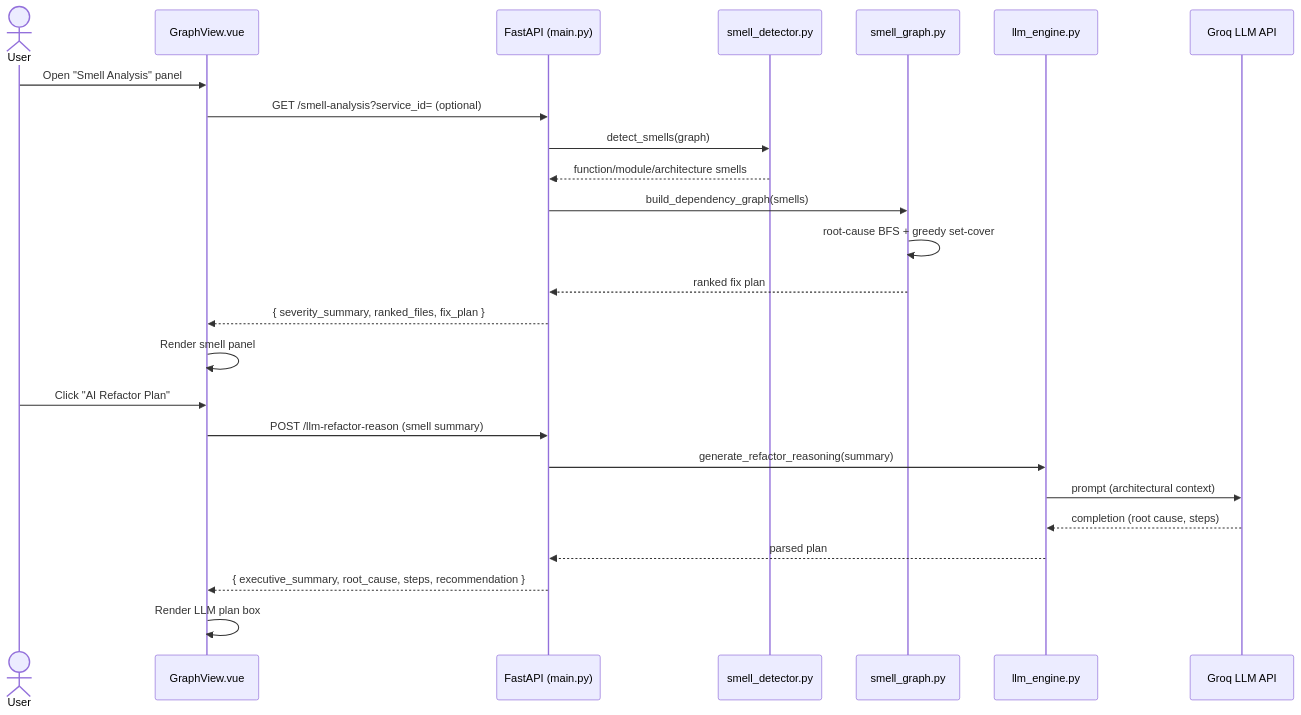
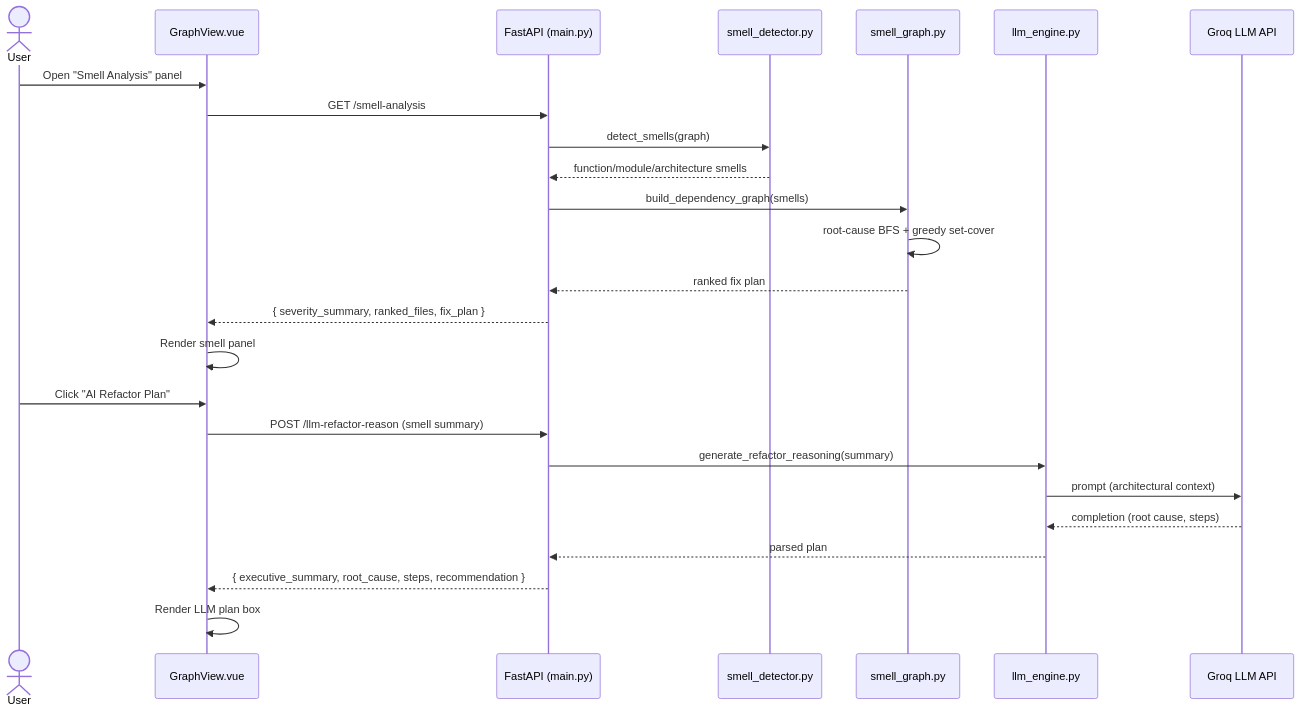
Before and after one commit to farjanasarker/Code_Base_Visualisation: the tenth of 12 diagrams in SRS.md, drawn with Mermaid. The commit also changed other lines of this file and 27 other files, not shown here.

````diff
--- a/SRS.md
+++ b/SRS.md
@@ -665,29 +699,29 @@
 ```mermaid
 sequenceDiagram
     actor U as User
     participant FE as GraphView.vue
     participant API as FastAPI (main.py)
     participant SD as smell_detector.py
     participant SG as smell_graph.py
     participant LE as llm_engine.py
     participant GROQ as Groq LLM API
 
     U->>FE: Open "Smell Analysis" panel
-    FE->>API: GET /smell-analysis?service_id= (optional)
+    FE->>API: GET /smell-analysis
     API->>SD: detect_smells(graph)
     SD-->>API: function/module/architecture smells
     API->>SG: build_dependency_graph(smells)
     SG->>SG: root-cause BFS + greedy set-cover
     SG-->>API: ranked fix plan
     API-->>FE: { severity_summary, ranked_files, fix_plan }
     FE->>FE: Render smell panel
 
     U->>FE: Click "AI Refactor Plan"
     FE->>API: POST /llm-refactor-reason (smell summary)
     API->>LE: generate_refactor_reasoning(summary)
     LE->>GROQ: prompt (architectural context)
     GROQ-->>LE: completion (root cause, steps)
     LE-->>API: parsed plan
     API-->>FE: { executive_summary, root_cause, steps, recommendation }
     FE->>FE: Render LLM plan box
 ```
````
